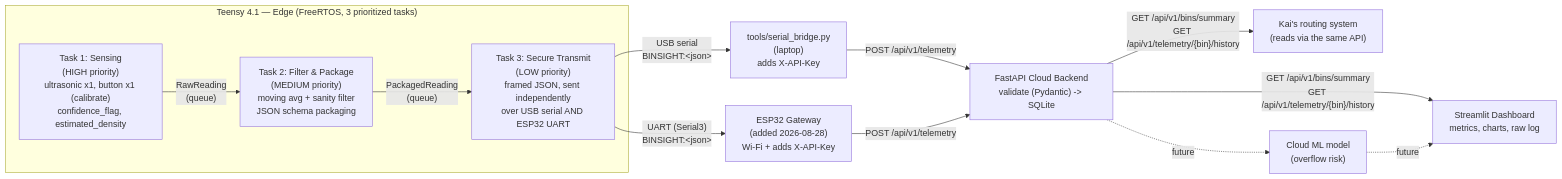
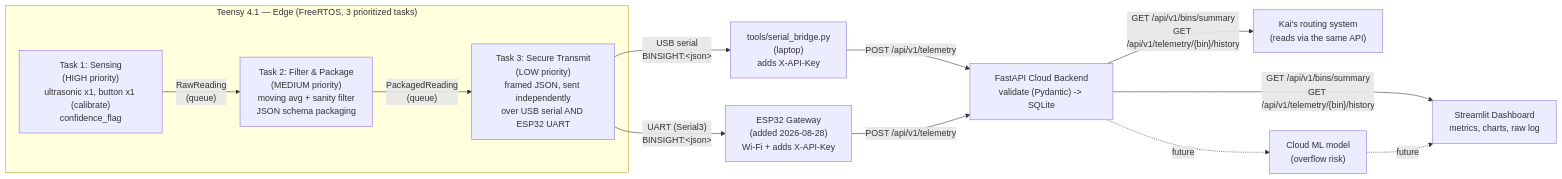
Before and after one commit to Rover-Panto/BinSight: the diagram in hardware_pipeline/README.md, drawn with Mermaid. The commit also changed other lines of this file and 12 other files, not shown here.

````diff
--- a/hardware_pipeline/README.md
+++ b/hardware_pipeline/README.md
@@ -32,19 +32,19 @@
 ```mermaid
 flowchart LR
     subgraph Teensy41["Teensy 4.1 — Edge (FreeRTOS, 3 prioritized tasks)"]
-        T1["Task 1: Sensing\n(HIGH priority)\nultrasonic x1, button x1 (calibrate)\nconfidence_flag, estimated_density"]
+        T1["Task 1: Sensing\n(HIGH priority)\nultrasonic x1, button x1 (calibrate)\nconfidence_flag"]
         T2["Task 2: Filter & Package\n(MEDIUM priority)\nmoving avg + sanity filter\nJSON schema packaging"]
         T3["Task 3: Secure Transmit\n(LOW priority)\nframed JSON, sent independently\nover USB serial AND ESP32 UART"]
         T1 -- "RawReading\n(queue)" --> T2
         T2 -- "PackagedReading\n(queue)" --> T3
     end
 
     T3 -- "USB serial\nBINSIGHT:&lt;json&gt;" --> BRIDGE["tools/serial_bridge.py\n(laptop)\nadds X-API-Key"]
     T3 -- "UART (Serial3)\nBINSIGHT:&lt;json&gt;" --> ESP["ESP32 Gateway\n(added 2026-08-28)\nWi-Fi + adds X-API-Key"]
     BRIDGE -- "POST /api/v1/telemetry" --> API["FastAPI Cloud Backend\nvalidate (Pydantic) -> SQLite"]
     ESP -- "POST /api/v1/telemetry" --> API
     API -- "GET /api/v1/bins/summary\nGET /api/v1/telemetry/{bin}/history" --> DASH["Streamlit Dashboard\nmetrics, charts, raw log"]
     API -- "GET /api/v1/bins/summary\nGET /api/v1/telemetry/{bin}/history" --> ROUTE["Kai's routing system\n(reads via the same API)"]
     API -.future.-> ML["Cloud ML model\n(overflow risk)"]
     ML -.future.-> DASH
 ```
````
